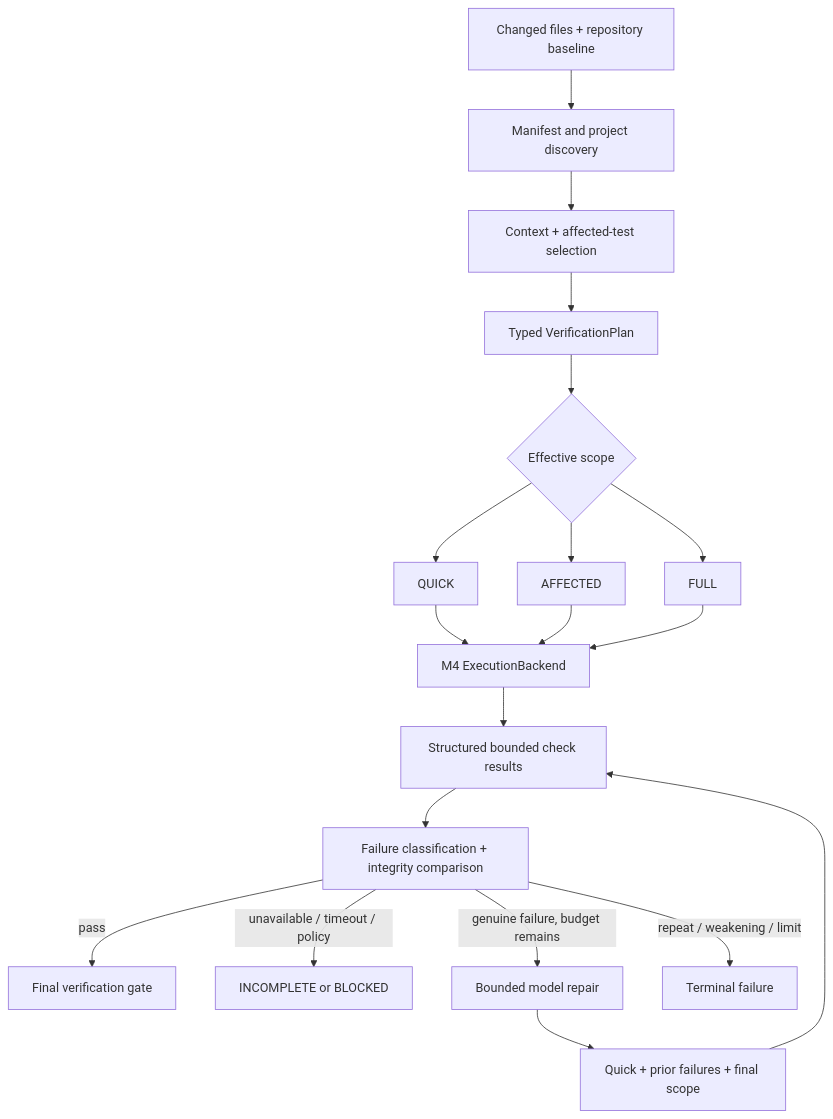
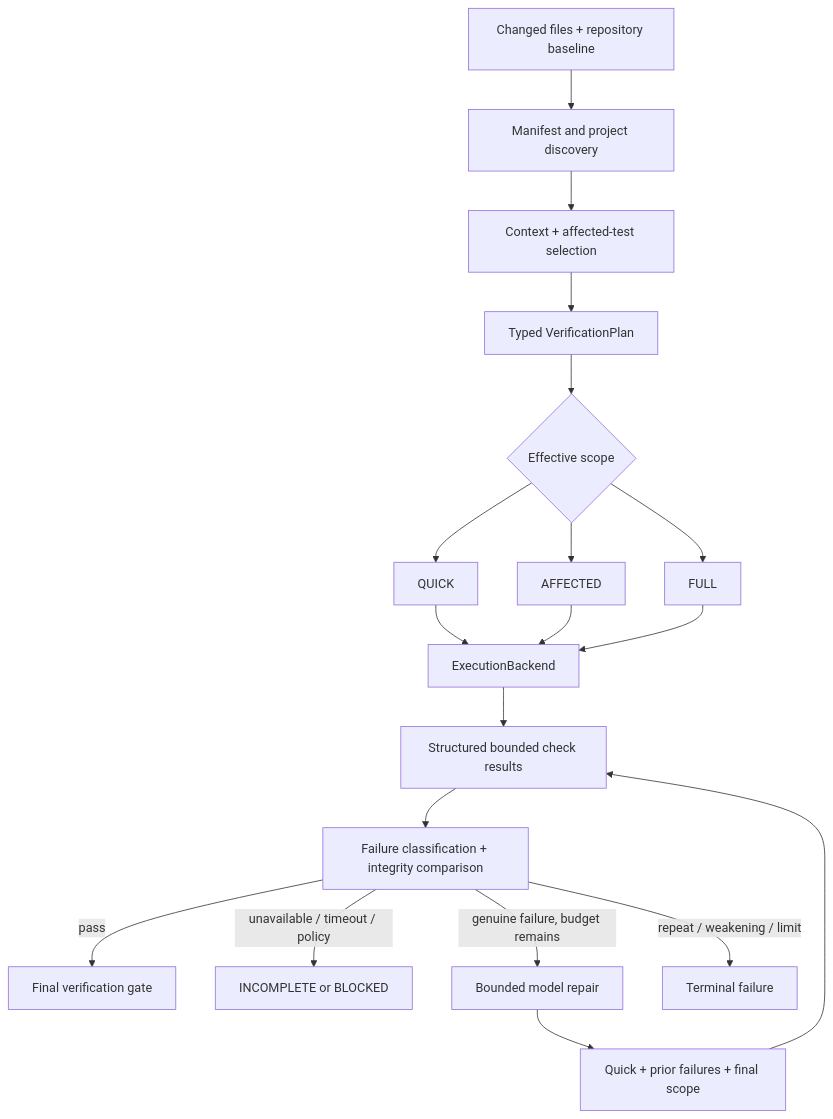
Before and after one commit to atrx07/Sable-AI: the fourth of 6 diagrams in docs/architecture.md, drawn with Mermaid. The commit also changed 17 other files, not shown here.

````diff
--- a/docs/architecture.md
+++ b/docs/architecture.md
@@ -160,21 +160,21 @@
 ```mermaid
 flowchart TD
     Changes[Changed files + repository baseline] --> Discover[Manifest and project discovery]
     Discover --> Select[Context + affected-test selection]
     Select --> Plan[Typed VerificationPlan]
     Plan --> Scope{Effective scope}
     Scope --> Quick[QUICK]
     Scope --> Affected[AFFECTED]
     Scope --> Full[FULL]
-    Quick --> Backend[M4 ExecutionBackend]
+    Quick --> Backend[ExecutionBackend]
     Affected --> Backend
     Full --> Backend
     Backend --> Results[Structured bounded check results]
     Results --> Classify[Failure classification + integrity comparison]
     Classify -->|pass| Final[Final verification gate]
     Classify -->|unavailable / timeout / policy| Incomplete[INCOMPLETE or BLOCKED]
     Classify -->|genuine failure, budget remains| Repair[Bounded model repair]
     Repair --> Recheck[Quick + prior failures + final scope]
     Recheck --> Results
     Classify -->|repeat / weakening / limit| Failed[Terminal failure]
 ```
````
